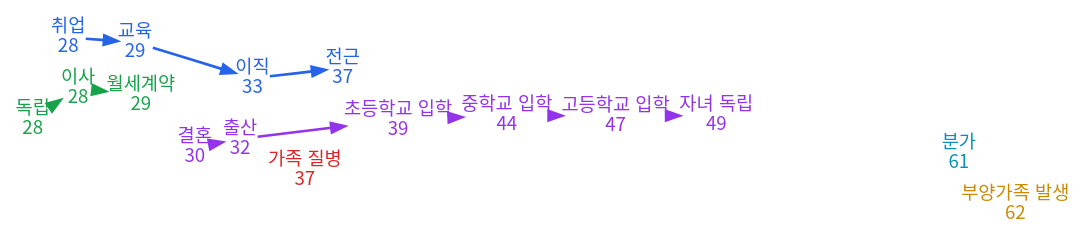
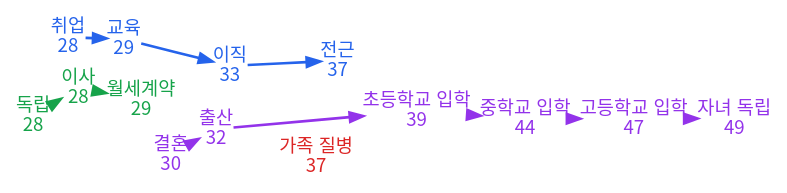
Before and after one commit to hanliger/life-event-benchmark-v2: the diagram in life_generator/out/samples/sample_seed_44.dot, drawn with Graphviz. The commit also changed 83 other files, not shown here.

```diff
--- a/life_generator/out/samples/sample_seed_44.dot
+++ b/life_generator/out/samples/sample_seed_44.dot
@@ -1,31 +1,29 @@
 digraph sample_life_path {
   graph [layout=neato, overlap=false, splines=true, outputorder=edgesfirst];
   node [shape=plain, fontname="Noto Sans CJK KR"];
   edge [penwidth=2.0];
   "event_0" [label="취업\n28", pos="0.9,0.0!", fontcolor="#2563eb"];
   "event_1" [label="독립\n28", pos="0.9,-0.8!", fontcolor="#16a34a"];
   "event_2" [label="이사\n28", pos="0.9,-0.8!", fontcolor="#16a34a"];
   "event_3" [label="교육\n29", pos="1.8,0.0!", fontcolor="#2563eb"];
   "event_4" [label="월세계약\n29", pos="1.8,-0.8!", fontcolor="#16a34a"];
   "event_5" [label="결혼\n30", pos="2.7,-1.6!", fontcolor="#9333ea"];
   "event_6" [label="출산\n32", pos="4.5,-1.6!", fontcolor="#9333ea"];
   "event_7" [label="이직\n33", pos="5.4,0.0!", fontcolor="#2563eb"];
   "event_8" [label="가족 질병\n37", pos="9.0,-2.4000000000000004!", fontcolor="#dc2626"];
   "event_9" [label="전근\n37", pos="9.0,0.0!", fontcolor="#2563eb"];
   "event_10" [label="초등학교 입학\n39", pos="10.8,-1.6!", fontcolor="#9333ea"];
   "event_11" [label="중학교 입학\n44", pos="15.3,-1.6!", fontcolor="#9333ea"];
   "event_12" [label="고등학교 입학\n47", pos="18.0,-1.6!", fontcolor="#9333ea"];
   "event_13" [label="자녀 독립\n49", pos="19.8,-1.6!", fontcolor="#9333ea"];
-  "event_14" [label="분가\n61", pos="30.6,-3.2!", fontcolor="#0891b2"];
-  "event_15" [label="부양가족 발생\n62", pos="31.5,-4.0!", fontcolor="#ca8a04"];
   "event_1" -> "event_2" [color="#16a34a"];
   "event_2" -> "event_4" [color="#16a34a"];
   "event_0" -> "event_3" [color="#2563eb"];
   "event_3" -> "event_7" [color="#2563eb"];
   "event_7" -> "event_9" [color="#2563eb"];
   "event_5" -> "event_6" [color="#9333ea"];
   "event_6" -> "event_10" [color="#9333ea"];
   "event_10" -> "event_11" [color="#9333ea"];
   "event_11" -> "event_12" [color="#9333ea"];
   "event_12" -> "event_13" [color="#9333ea"];
 }
```
